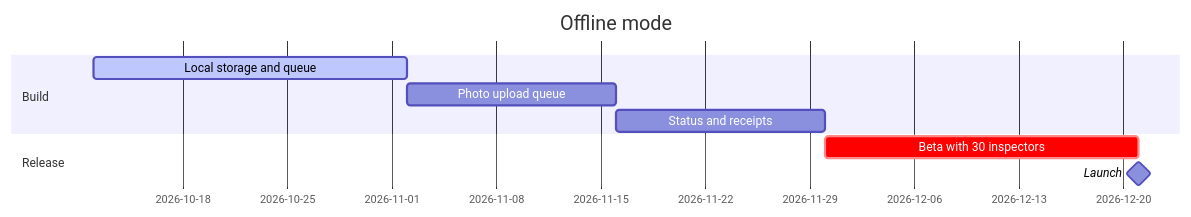
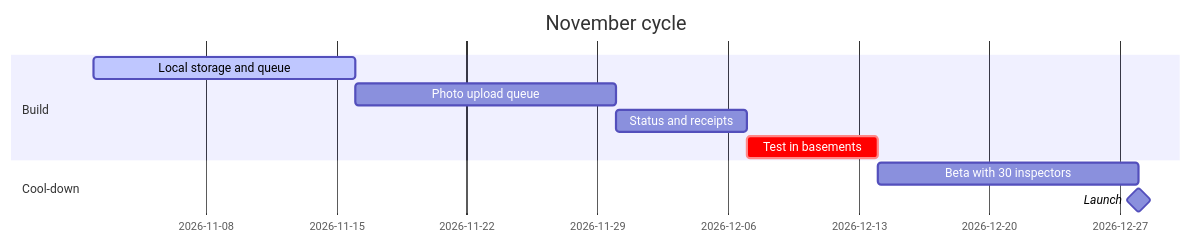
The diagram in examples/product-brief.md (itsdionis/MyOnePage), drawn with Mermaid before and after one commit. The commit also changed other lines of this file and 19 other files, not shown here.

````diff
--- a/examples/product-brief.md
+++ b/examples/product-brief.md
@@ -60,12 +73,13 @@
 ```mermaid
 gantt
-  title Offline mode
+  title November cycle
   dateFormat YYYY-MM-DD
   section Build
-    Local storage and queue :active, st, 2026-10-12, 3w
+    Local storage and queue :active, st, 2026-11-02, 2w
     Photo upload queue :ph, after st, 2w
-    Status and receipts :rc, after ph, 2w
-  section Release
-    Beta with 30 inspectors :crit, beta, after rc, 3w
+    Status and receipts :rc, after ph, 1w
+    Test in basements :crit, qa, after rc, 1w
+  section Cool-down
+    Beta with 30 inspectors :beta, after qa, 2w
     Launch :milestone, after beta, 0d
 ```
````
